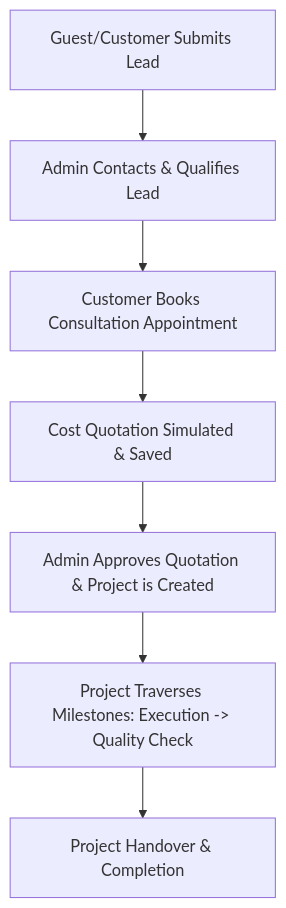
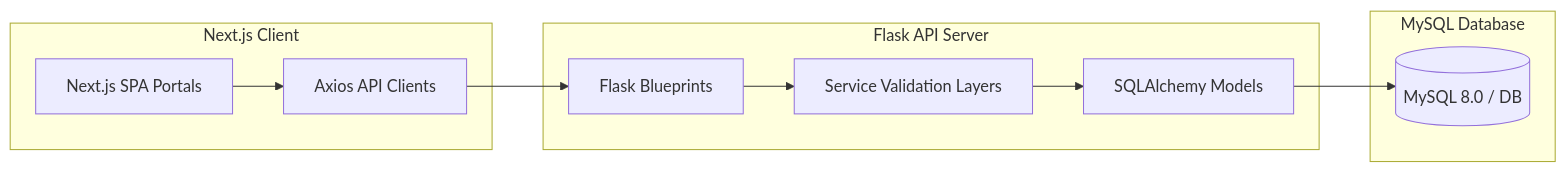
One commit to jaisveenkaur/CrescentChiqueDesigns changed the diagram in README.md. Above: the diagram before and after it, drawn with Mermaid. The commit also changed other lines of this file and 5 other files, not shown here.

````diff
--- a/README.md
+++ b/README.md
@@ -17,9 +11,14 @@
 ```mermaid
-graph TD
-    A[Guest/Customer Submits Lead] --> B[Admin Contacts & Qualifies Lead]
-    B --> C[Customer Books Consultation Appointment]
-    C --> D[Cost Quotation Simulated & Saved]
-    D --> E[Admin Approves Quotation & Project is Created]
-    E --> F[Project Traverses Milestones: Execution -> Quality Check]
-    F --> G[Project Handover & Completion]
+graph LR
+    subgraph Client Portal [Next.js Client]
+        A[Next.js SPA Portals] --> B[Axios API Clients]
+    end
+    subgraph Studio Engine [Flask API Server]
+        B --> C[Flask Blueprints]
+        C --> D[Service Validation Layers]
+        D --> E[SQLAlchemy Models]
+    end
+    subgraph Data Tier [MySQL Database]
+        E --> F[(MySQL 8.0 / DB)]
+    end
 ```
````
